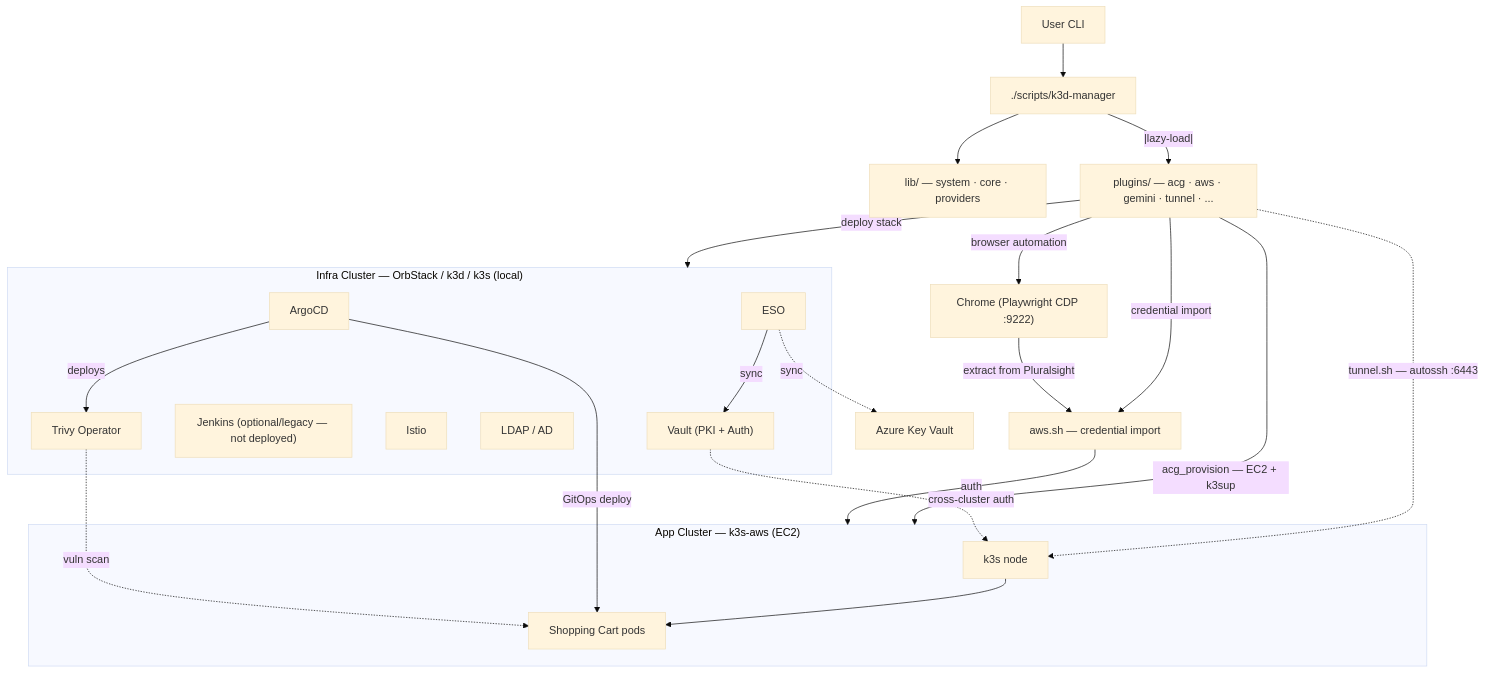
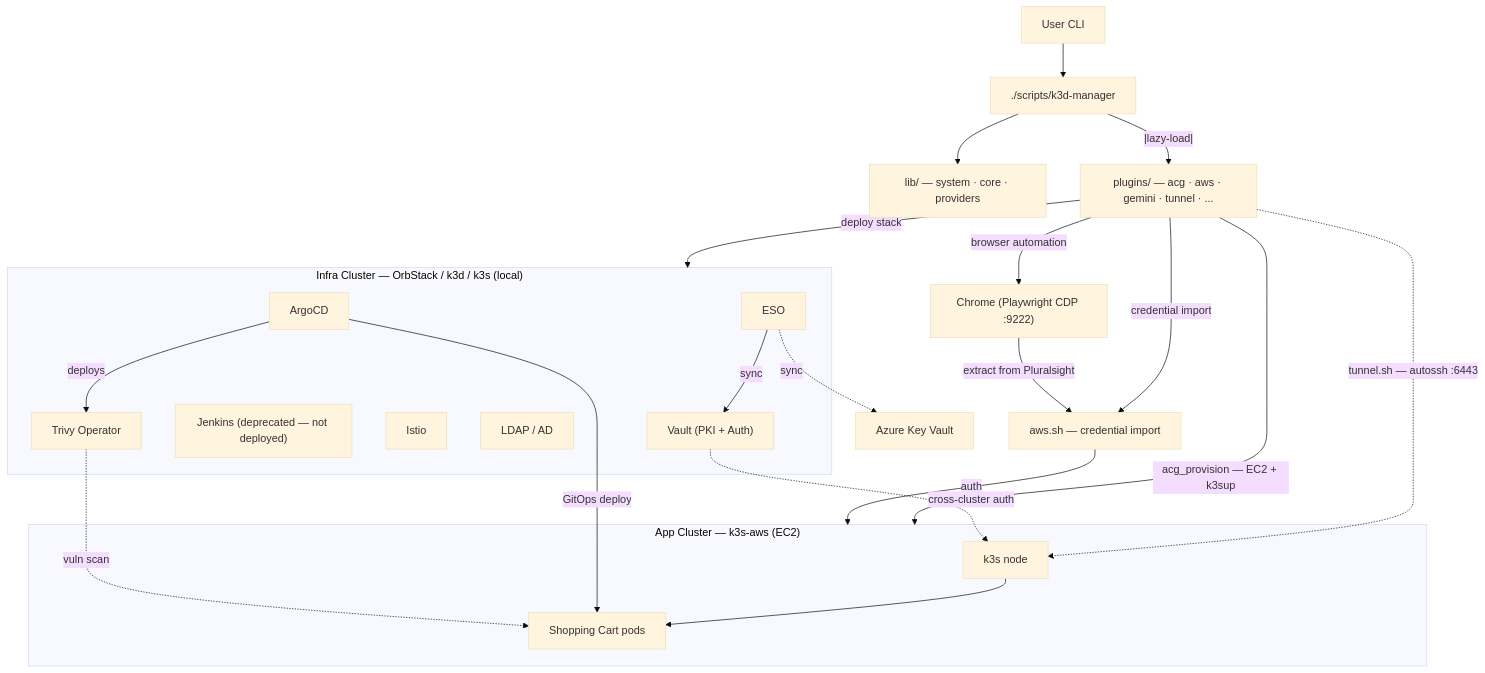
Before and after one commit to wilddog64/k3d-manager: the diagram in README.md, drawn with Mermaid (base theme). The commit also changed other lines of this file and 3 other files, not shown here.

First line of the commit message:
docs: relabel Jenkins deprecated (code kept, not removal-planned) in current-state docs

````diff
--- a/README.md
+++ b/README.md
@@ -126,39 +126,39 @@
 ```mermaid
 graph TD
   U[User CLI] --> KM[./scripts/k3d-manager]
   KM --> LIB["lib/ — system · core · providers"]
   KM --|lazy-load|--> PLUG["plugins/ — acg · aws · gemini · tunnel · ..."]
 
   subgraph Infra ["Infra Cluster — OrbStack / k3d / k3s (local)"]
     VAULT["Vault (PKI + Auth)"]
     ESO[ESO]
     ARGOCD[ArgoCD]
-    JENKINS["Jenkins (optional/legacy — not deployed)"]
+    JENKINS["Jenkins (deprecated — not deployed)"]
     ISTIO[Istio]
     LDAP[LDAP / AD]
     TRIVY[Trivy Operator]
     ESO -->|sync| VAULT
     ARGOCD -->|deploys| TRIVY
   end
 
   subgraph AppCluster ["App Cluster — k3s-aws (EC2)"]
     K3S[k3s node]
     APPS[Shopping Cart pods]
     K3S --> APPS
   end
 
   ANTG["Chrome (Playwright CDP :9222)"]
   AWSC["aws.sh — credential import"]
 
   PLUG -->|deploy stack| Infra
   PLUG -->|acg_provision — EC2 + k3sup| AppCluster
   PLUG -->|browser automation| ANTG
   PLUG -->|credential import| AWSC
   ANTG -->|extract from Pluralsight| AWSC
   AWSC -->|auth| AppCluster
   PLUG -.->|tunnel.sh — autossh :6443| K3S
   ARGOCD -->|GitOps deploy| APPS
   TRIVY -.->|vuln scan| APPS
   VAULT -.->|cross-cluster auth| K3S
   ESO -.->|sync| AKV[Azure Key Vault]
 ```
````
